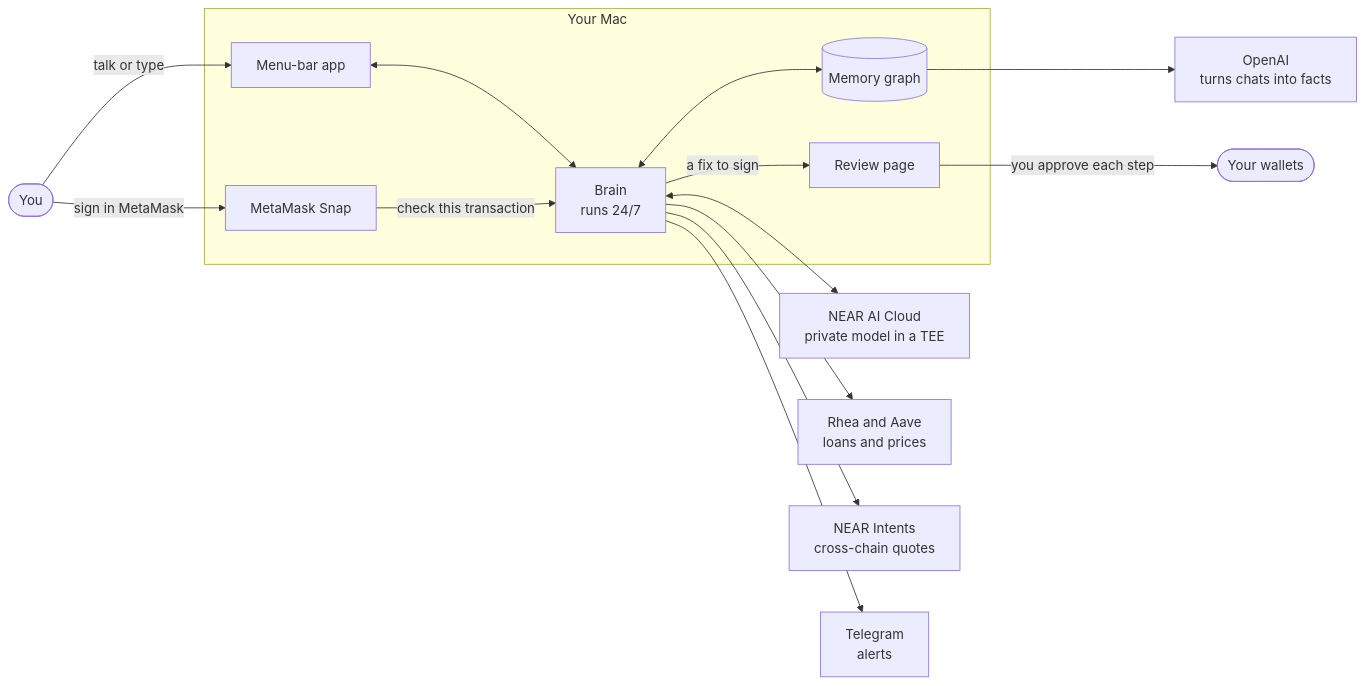
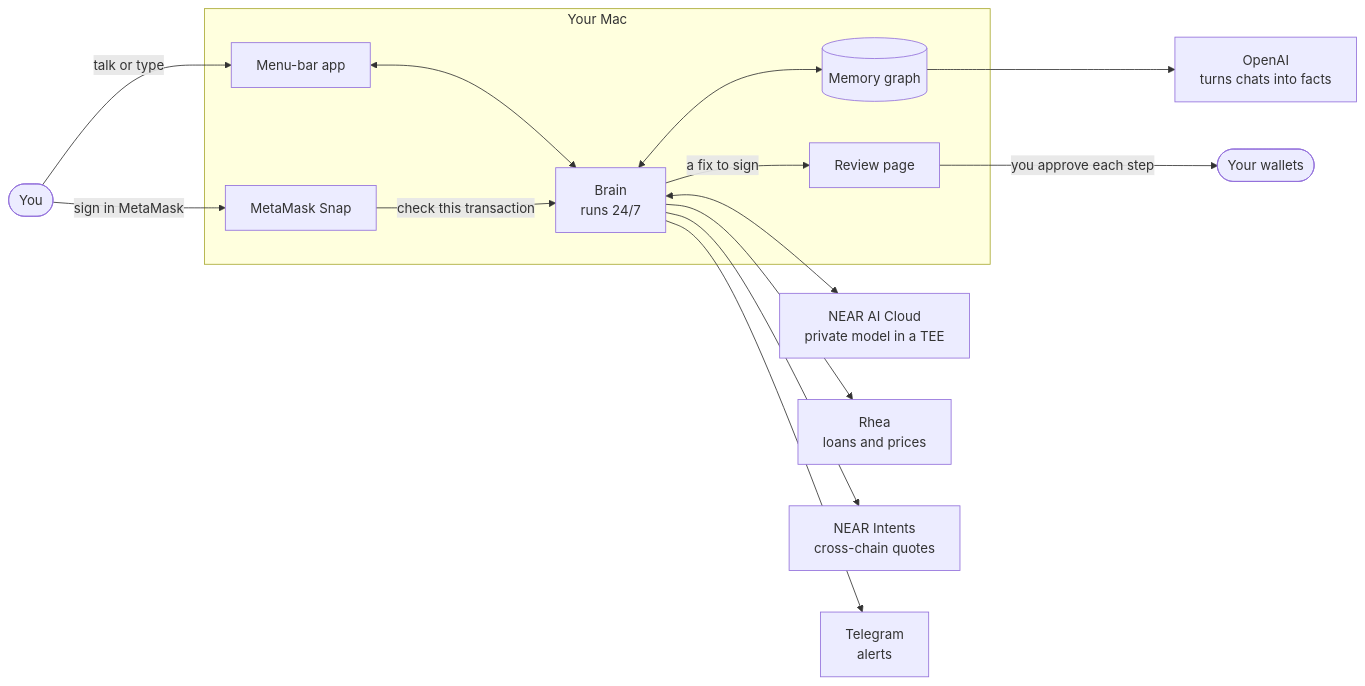
Before and after one commit to ConduenceAi/Nierwall: the diagram in README.md, drawn with Mermaid. The commit also changed other lines of this file and 23 other files, not shown here.

First line of the commit message:
Rhea only for now: remove Aave

````diff
--- a/README.md
+++ b/README.md
@@ -125,23 +123,23 @@
 ```mermaid
 flowchart LR
   you([You])
   subgraph mac [Your Mac]
     app[Menu-bar app]
     snap[MetaMask Snap]
     brain[Brain<br/>runs 24/7]
     mem[(Memory graph)]
     review[Review page]
   end
   you -- talk or type --> app
   you -- sign in MetaMask --> snap
   app <--> brain
   snap -- check this transaction --> brain
   brain <--> mem
   brain -- a fix to sign --> review
   review -- you approve each step --> wallets([Your wallets])
   brain <--> ai[NEAR AI Cloud<br/>private model in a TEE]
-  brain --> chains[Rhea and Aave<br/>loans and prices]
+  brain --> chains[Rhea<br/>loans and prices]
   brain --> intents[NEAR Intents<br/>cross-chain quotes]
   brain --> tg[Telegram<br/>alerts]
   mem --> oai[OpenAI<br/>turns chats into facts]
 ```
````
